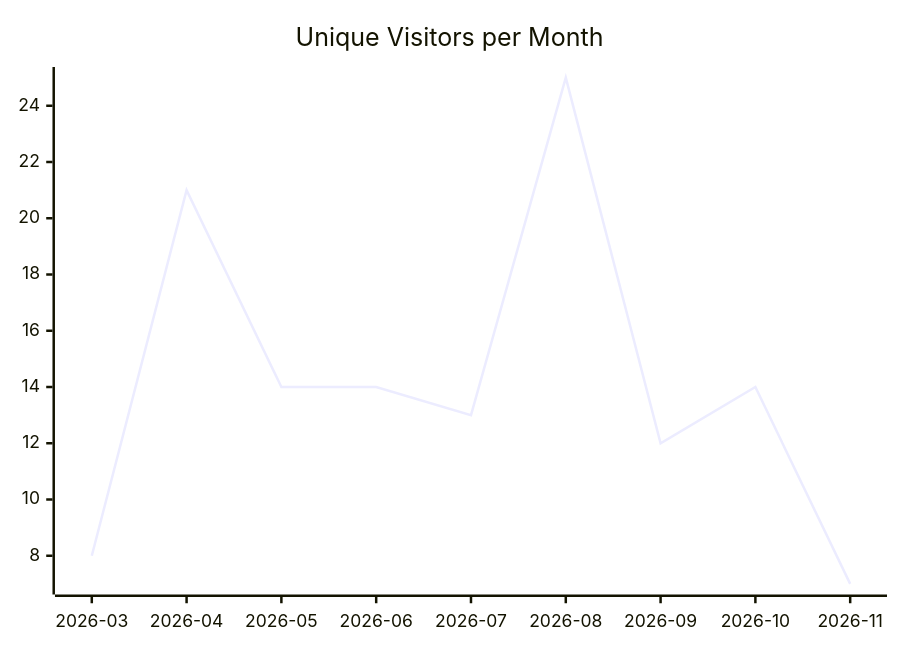
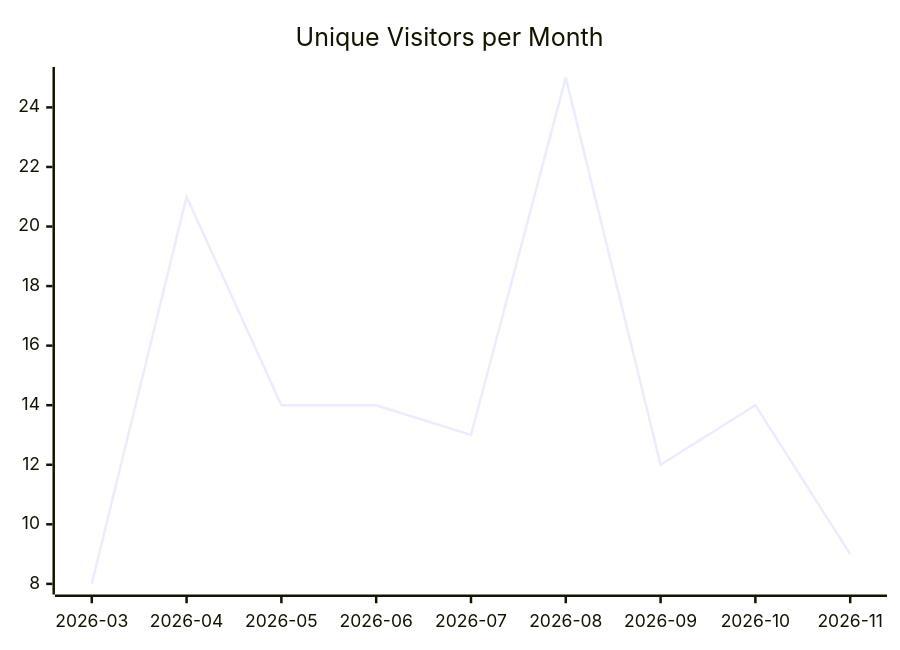
One commit to justdavis-family/github-analytics-data changed the first of 3 diagrams in karlmdavis/ksoap2-android/README.md. Above: the diagram before and after it, drawn with Mermaid. The commit also changed other lines of this file and 194 other files, not shown here.

````diff
--- a/karlmdavis/ksoap2-android/README.md
+++ b/karlmdavis/ksoap2-android/README.md
@@ -5,6 +5,6 @@
 ```mermaid
 xychart-beta
   title "Unique Visitors per Month"
   x-axis ["2026-03", "2026-04", "2026-05", "2026-06", "2026-07", "2026-08", "2026-09", "2026-10", "2026-11"]
-  line [8, 21, 14, 14, 13, 25, 12, 14, 7]
+  line [8, 21, 14, 14, 13, 25, 12, 14, 9]
 ```
````
